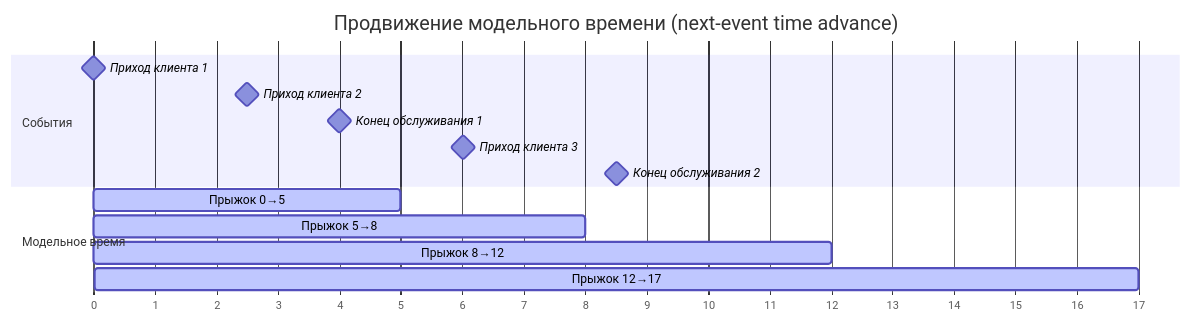
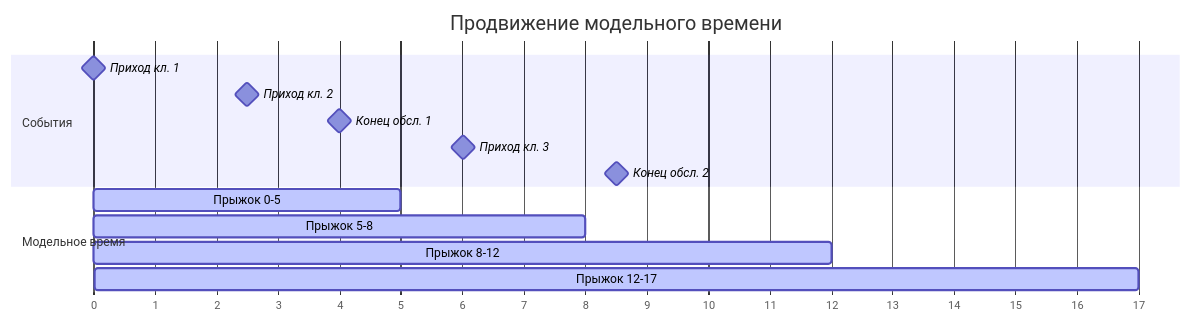
One commit to stareeg/simulation-modeling-notes changed the first of 5 diagrams in docs/04-discrete-event.md. Above: the diagram before and after it, drawn with Mermaid. The commit also changed other lines of this file and 14 other files, not shown here.

````diff
--- a/docs/04-discrete-event.md
+++ b/docs/04-discrete-event.md
@@ -45,19 +48,19 @@
 ```mermaid
 gantt
-    title Продвижение модельного времени (next-event time advance)
+    title Продвижение модельного времени
     dateFormat X
     axisFormat %s
 
     section События
-    Приход клиента 1       :milestone, e1, 0, 0
-    Приход клиента 2       :milestone, e2, 5, 5
-    Конец обслуживания 1   :milestone, e3, 8, 8
-    Приход клиента 3       :milestone, e4, 12, 12
-    Конец обслуживания 2   :milestone, e5, 17, 17
+    Приход кл. 1           :milestone, e1, 0, 0
+    Приход кл. 2           :milestone, e2, 5, 5
+    Конец обсл. 1          :milestone, e3, 8, 8
+    Приход кл. 3           :milestone, e4, 12, 12
+    Конец обсл. 2          :milestone, e5, 17, 17
 
     section Модельное время
-    Прыжок 0→5   :active, t1, 0, 5
-    Прыжок 5→8   :active, t2, 5, 8
-    Прыжок 8→12  :active, t3, 8, 12
-    Прыжок 12→17 :active, t4, 12, 17
+    Прыжок 0-5   :active, t1, 0, 5
+    Прыжок 5-8   :active, t2, 5, 8
+    Прыжок 8-12  :active, t3, 8, 12
+    Прыжок 12-17 :active, t4, 12, 17
 ```
````
